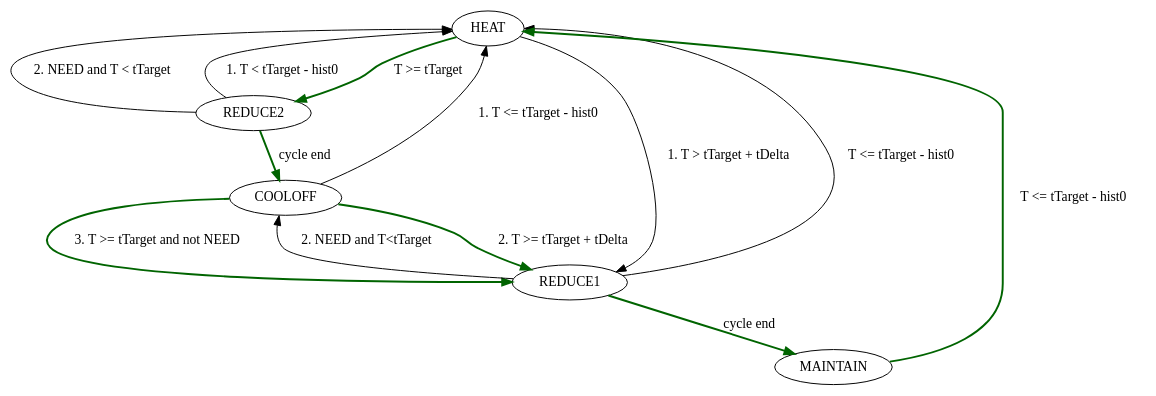
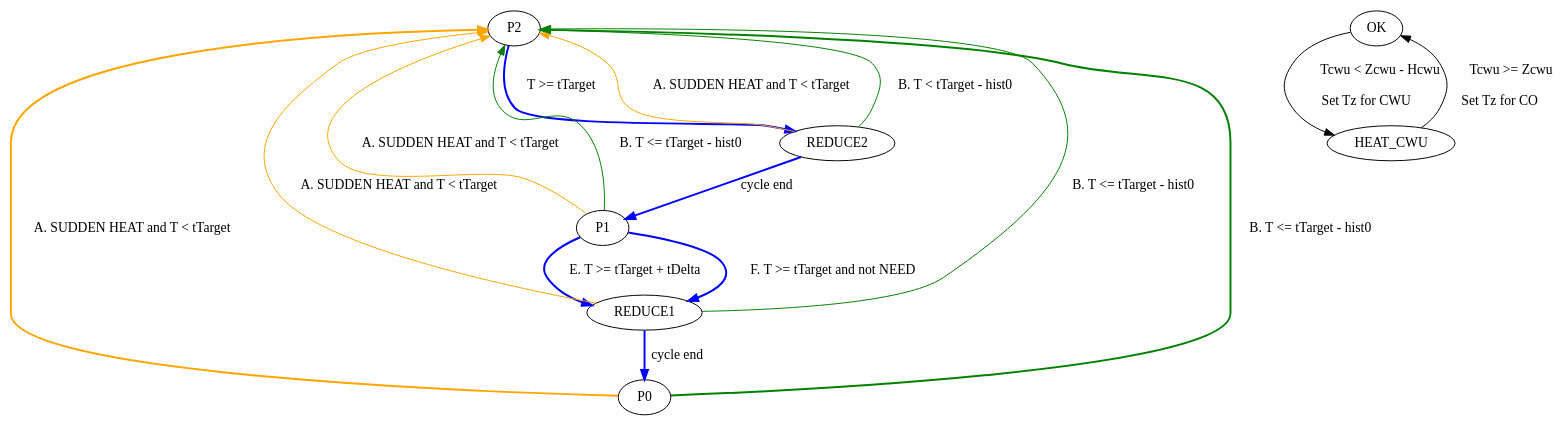
Before and after one commit to lafar6502/masterpiec: the diagram in states.gv, drawn with Graphviz. The commit also changed 4 other files, not shown here.

```diff
--- a/states.gv
+++ b/states.gv
@@ -1,29 +1,47 @@
 digraph G {
 
+HEAT [label="P2"]
+COOLOFF [label="P1"]
+MAINTAIN [label="P0"]
+
+HEAT->REDUCE2 [label="T >= tTarget", style=bold, color=blue]
+
+REDUCE2 -> COOLOFF [label="cycle end",style=bold, color=blue]
 
 
-HEAT->REDUCE2 [label="T >= tTarget", style=bold, color=darkgreen]
+REDUCE2 -> HEAT [label="A. SUDDEN HEAT and T < tTarget", color=orange]
+REDUCE2 -> HEAT [label="B. T < tTarget - hist0", color=green]
 
-REDUCE2 -> COOLOFF [label="cycle end",style=bold, color=darkgreen]
+COOLOFF->REDUCE1 [label="E. T >= tTarget + tDelta", style=bold, color=blue]
+COOLOFF->REDUCE1 [label="F. T >= tTarget and not NEED", style=bold, color=blue]
+
+REDUCE1 -> MAINTAIN [label="cycle end", style=bold, color=blue]
 
 
-REDUCE2 -> HEAT [label="2. NEED and T < tTarget"]
-REDUCE2 -> HEAT [label="1. T < tTarget - hist0"]
-
-COOLOFF->REDUCE1 [label="2. T >= tTarget + tDelta", style=bold, color=darkgreen]
-COOLOFF->REDUCE1 [label="3. T >= tTarget and not NEED", style=bold, color=darkgreen]
-
-REDUCE1 -> MAINTAIN [label="cycle end", style=bold, color=darkgreen]
+REDUCE1 -> HEAT [label="A. SUDDEN HEAT and T < tTarget", color=orange]
+REDUCE1 -> HEAT [label="B. T <= tTarget - hist0", color=green]
 
 
-REDUCE1 -> HEAT [label="T <= tTarget - hist0"]
-REDUCE1 -> COOLOFF [label="2. NEED and T<tTarget"]
+//REDUCE1 -> COOLOFF [label="2. NEED and T<tTarget"]
 
-COOLOFF->HEAT [label="1. T <= tTarget - hist0"]
-HEAT -> REDUCE1 [label="1. T > tTarget + tDelta"]
-MAINTAIN -> HEAT [label="T <= tTarget - hist0", style=bold, color=darkgreen]
+COOLOFF -> HEAT [label="A. SUDDEN HEAT and T < tTarget", color=orange]
+COOLOFF->HEAT [label="B. T <= tTarget - hist0", color=green]
+
+//HEAT -> REDUCE1 [label="1. T > tTarget + tDelta", color=green]
+MAINTAIN -> HEAT [label="A. SUDDEN HEAT and T < tTarget", style=bold, color=orange]
+MAINTAIN -> HEAT [label="B. T <= tTarget - hist0", style=bold, color=green]
+
 
 //MAINTAIN -> COOLOFF [label="NEED and T between tTarget - hist0 and tTarget", style=bold, color=darkgreen]
 
 
+
+subgraph CWU {
+    OK -> HEAT_CWU [label="Tcwu < Zcwu - Hcwu\r\nSet Tz for CWU"]
+    HEAT_CWU -> OK [label="Tcwu >= Zcwu\r\nSet Tz for CO"]
+    
 }
+
+
+
+}
```
